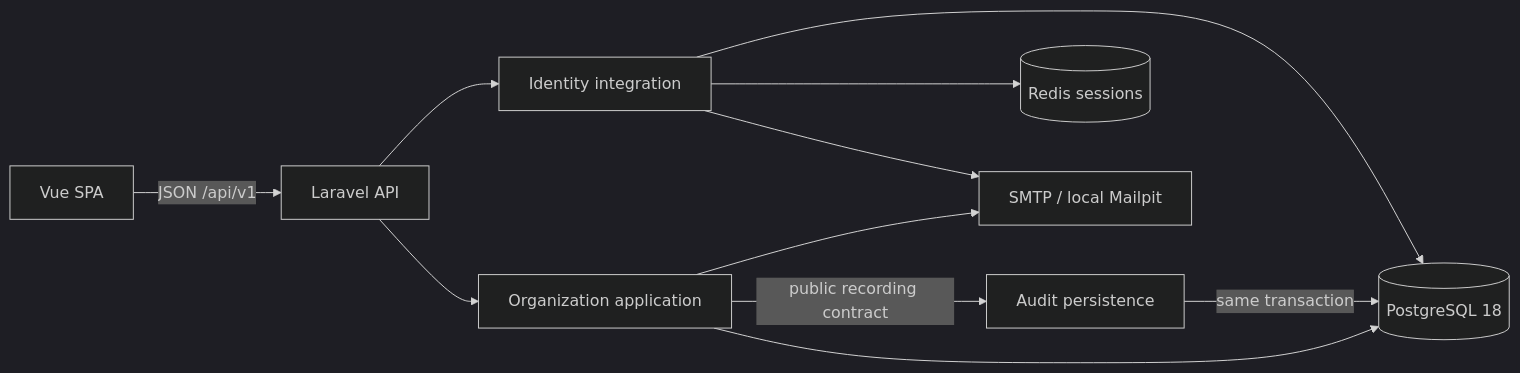
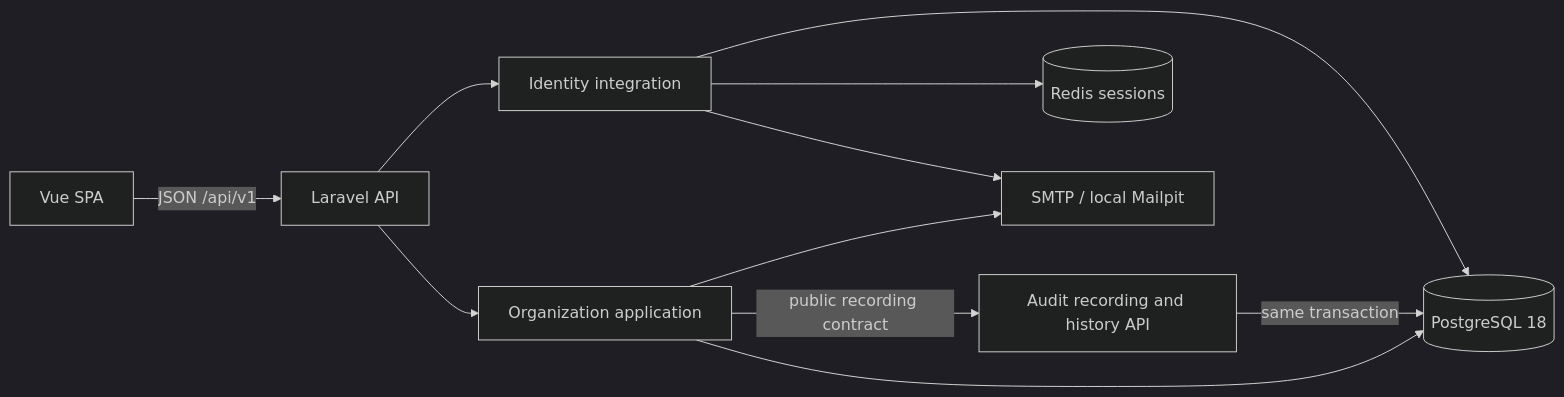
One commit to Assemessam/core-erp changed the diagram in docs/architecture/system-overview.md. Above: the diagram before and after it, drawn with Mermaid (dark theme). The commit also changed other lines of this file and 35 other files, not shown here.

Commit message:
feat: add authorized audit history API

````diff
--- a/docs/architecture/system-overview.md
+++ b/docs/architecture/system-overview.md
@@ -5,13 +5,13 @@
 ```mermaid
 flowchart LR
     SPA[Vue SPA] -->|JSON /api/v1| API[Laravel API]
     API --> Identity[Identity integration]
     API --> Organization[Organization application]
     Organization --> PG[(PostgreSQL 18)]
-    Organization -->|public recording contract| Audit[Audit persistence]
+    Organization -->|public recording contract| Audit[Audit recording and history API]
     Audit -->|same transaction| PG
     Identity --> PG
     Identity --> Redis[(Redis sessions)]
     Organization --> Mailpit[SMTP / local Mailpit]
     Identity --> Mailpit
 ```
````
